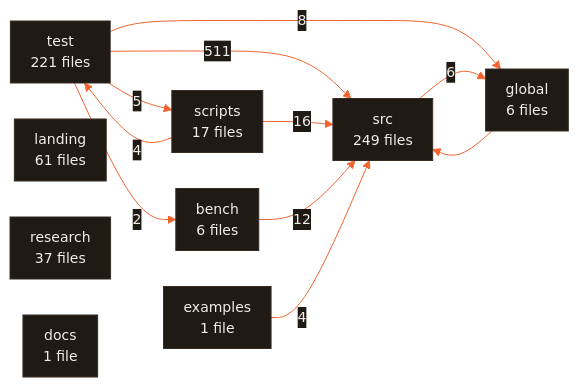
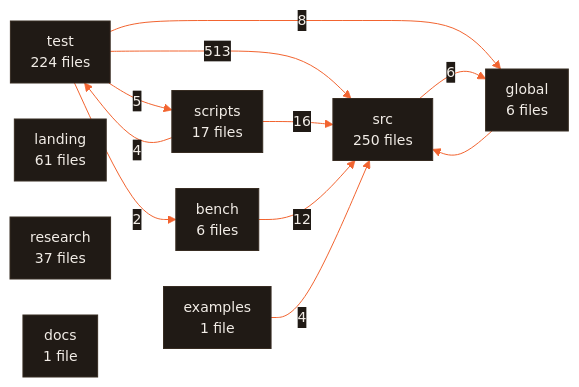
The diagram in ARCHITECTURE.md (CodeWithJuber/forgekit), drawn with Mermaid before and after one commit. The commit also changed 14 other files, not shown here.

````diff
--- a/ARCHITECTURE.md
+++ b/ARCHITECTURE.md
@@ -680,23 +680,23 @@
 ```mermaid
 %%{init: {'theme':'base','themeVariables':{'primaryColor':'#201a15','primaryTextColor':'#f2ede7','primaryBorderColor':'#372c22','lineColor':'#f26430','secondaryColor':'#272019','tertiaryColor':'#171310','edgeLabelBackground':'#201a15','clusterBkg':'#171310','clusterBorder':'#4a3b2e','fontFamily':'ui-sans-serif, system-ui, sans-serif','fontSize':'14px'},'flowchart':{'curve':'basis','padding':10,'nodeSpacing':36,'rankSpacing':44}}}%%
 flowchart LR
-  src["src<br/>249 files"]
-  test["test<br/>221 files"]
+  src["src<br/>250 files"]
+  test["test<br/>224 files"]
   landing["landing<br/>61 files"]
   research["research<br/>37 files"]
   scripts["scripts<br/>17 files"]
   bench["bench<br/>6 files"]
   global["global<br/>6 files"]
   docs["docs<br/>1 file"]
   examples["examples<br/>1 file"]
-  test -- 511 --> src
+  test -- 513 --> src
   scripts -- 16 --> src
   bench -- 12 --> src
   test -- 8 --> global
   src -- 6 --> global
   test -- 5 --> scripts
   examples -- 4 --> src
   scripts -- 4 --> test
   test -- 2 --> bench
   global --> src
 ```
````
